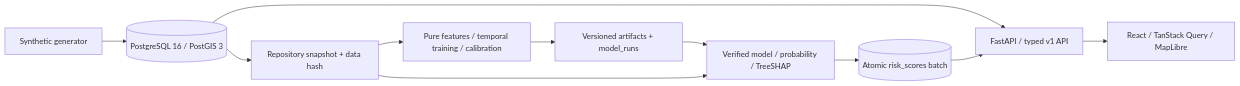
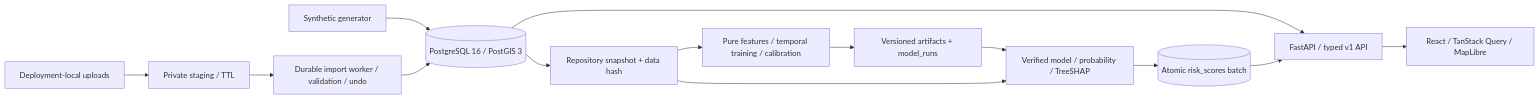
The diagram in README.md (oluwap3lumi/GridWatch), drawn with Mermaid before and after one commit. The commit also changed other lines of this file and 20 other files, not shown here.

````diff
--- a/README.md
+++ b/README.md
@@ -66,13 +84,16 @@
 ```mermaid
 flowchart LR
   Generator[Synthetic generator] --> DB[(PostgreSQL 16 / PostGIS 3)]
+  Upload[Deployment-local uploads] --> Staging[Private staging / TTL]
+  Staging --> Worker[Durable import worker / validation / undo]
+  Worker --> DB
   DB --> Snapshot[Repository snapshot + data hash]
   Snapshot --> ML[Pure features / temporal training / calibration]
   ML --> Registry[Versioned artifacts + model_runs]
   Registry --> Scoring[Verified model / probability / TreeSHAP]
   Snapshot --> Scoring
   Scoring --> Scores[(Atomic risk_scores batch)]
   DB --> API[FastAPI / typed v1 API]
   Scores --> API
   API --> UI[React / TanStack Query / MapLibre]
 ```
````
